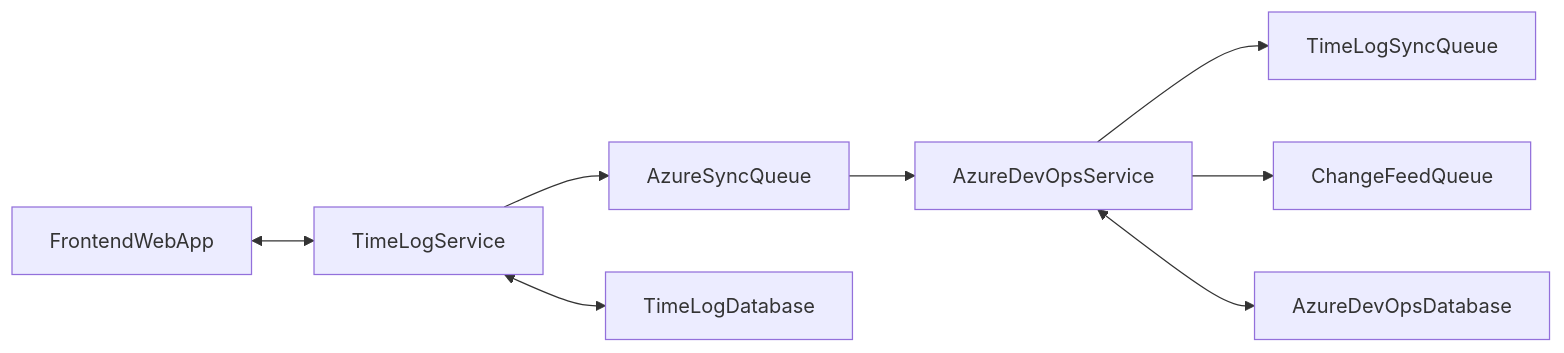
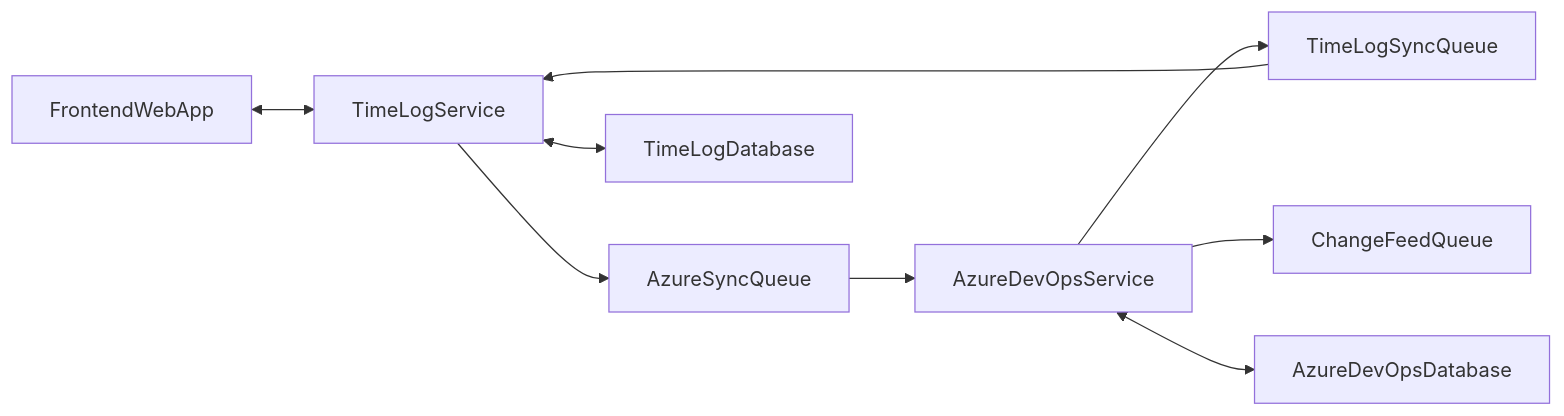
Before and after one commit to TunNetCom/TunNetCom-AionTime: the diagram in README.md, drawn with Mermaid.

````diff
--- a/README.md
+++ b/README.md
@@ -13,10 +13,11 @@
 ```mermaid
 flowchart LR;
     FrontendWebApp <--> TimeLogService;
     TimeLogService --> AzureSyncQueue;
     AzureSyncQueue --> AzureDevOpsService;
-    AzureDevOpsService --> TimeLogSyncQueue
+    AzureDevOpsService --> TimeLogSyncQueue;
+    TimeLogSyncQueue --> TimeLogService;
     AzureDevOpsService --> ChangeFeedQueue;
     AzureDevOpsService <--> AzureDevOpsDatabase;
     TimeLogService <--> TimeLogDatabase;
 ```
````
